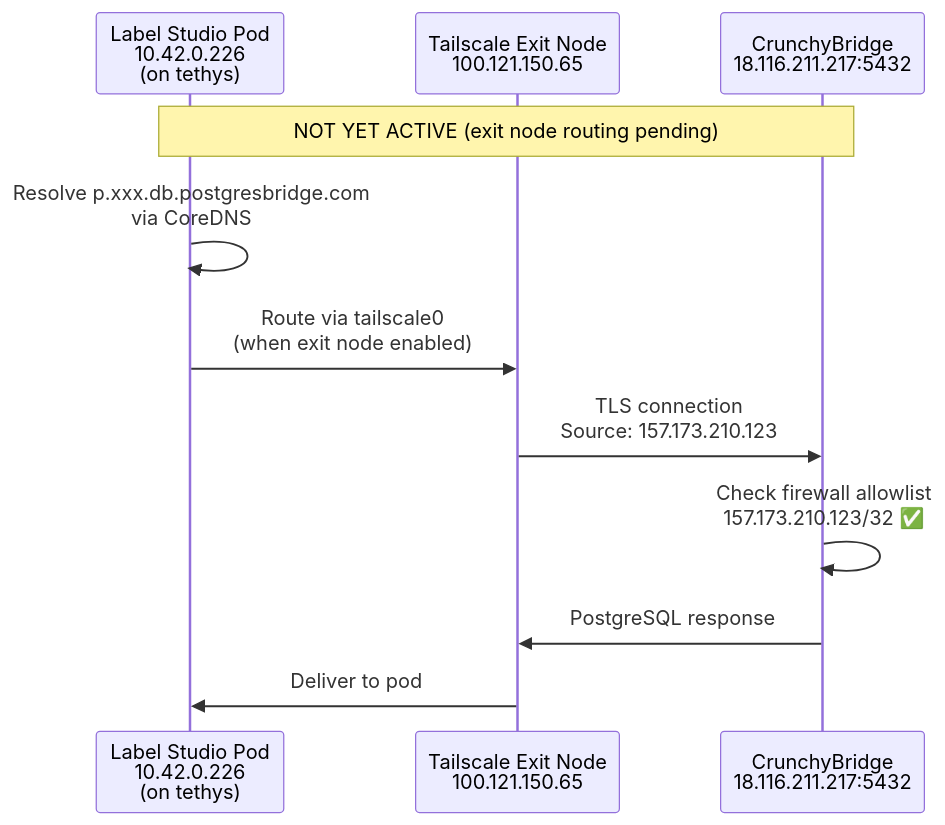
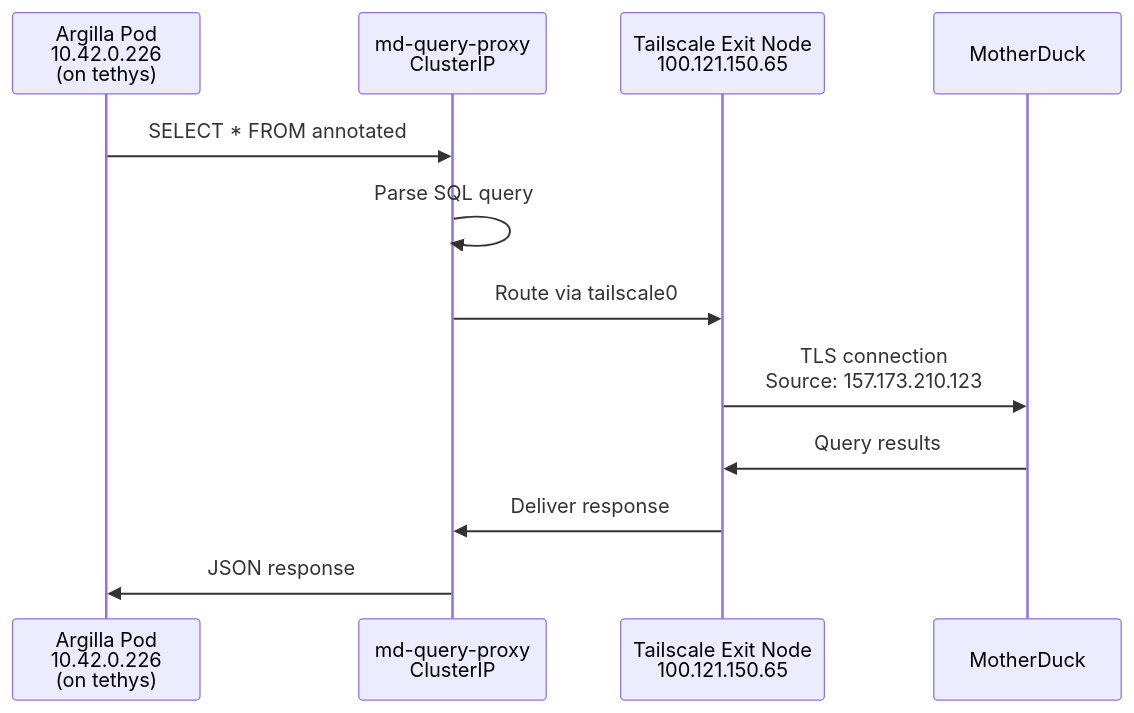
Diagram 15 of 16 in docs/architecture/NETWORK_ARCHITECTURE.md (goldfish-inc/deepseek-ocr-vllm), drawn with Mermaid before and after one commit. The commit also changed other lines of this file and 2 other files, not shown here.

First line of the commit message:
docs(architecture): update for Argilla migration and vessel-ner Workers

````diff
--- a/docs/architecture/NETWORK_ARCHITECTURE.md
+++ b/docs/architecture/NETWORK_ARCHITECTURE.md
@@ -934,15 +948,15 @@
 ```mermaid
 sequenceDiagram
-    participant LS as Label Studio Pod<br/>10.42.0.226<br/>(on tethys)
+    participant ARG as Argilla Pod<br/>10.42.0.226<br/>(on tethys)
+    participant PROXY as md-query-proxy<br/>ClusterIP
     participant TSEXIT as Tailscale Exit Node<br/>100.121.150.65
-    participant CB as CrunchyBridge<br/>18.116.211.217:5432
+    participant MD as MotherDuck
 
-    Note over LS,CB: NOT YET ACTIVE (exit node routing pending)
-
-    LS->>LS: Resolve p.xxx.db.postgresbridge.com<br/>via CoreDNS
-    LS->>TSEXIT: Route via tailscale0<br/>(when exit node enabled)
-    TSEXIT->>CB: TLS connection<br/>Source: 157.173.210.123
-    CB->>CB: Check firewall allowlist<br/>157.173.210.123/32 ✅
-    CB->>TSEXIT: PostgreSQL response
-    TSEXIT->>LS: Deliver to pod
+    ARG->>PROXY: SELECT * FROM annotated
+    PROXY->>PROXY: Parse SQL query
+    PROXY->>TSEXIT: Route via tailscale0
+    TSEXIT->>MD: TLS connection<br/>Source: 157.173.210.123
+    MD->>TSEXIT: Query results
+    TSEXIT->>PROXY: Deliver response
+    PROXY->>ARG: JSON response
 ```
````
